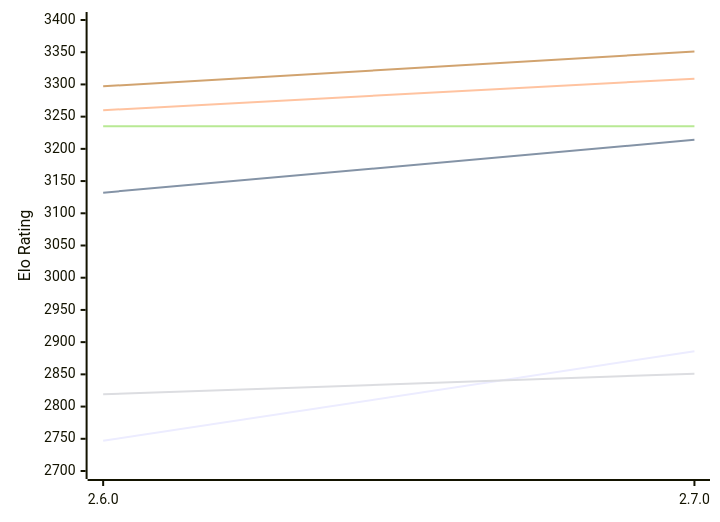
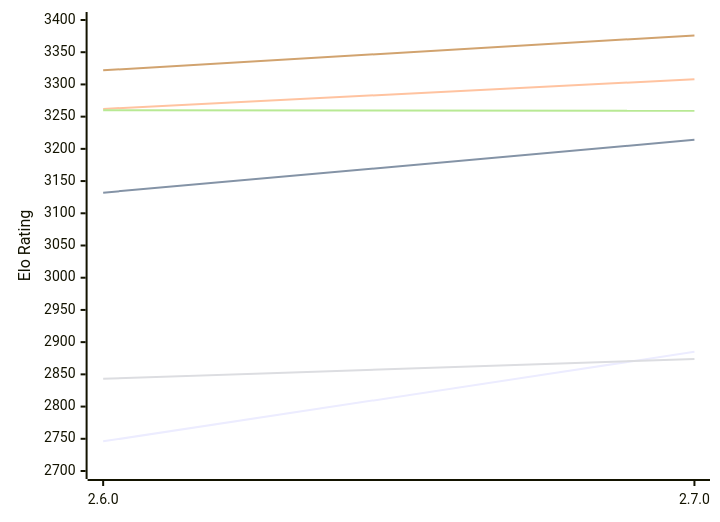
One commit to computer-chess-index/cci changed the first of 2 diagrams in engines/Sturddle2.md. Above: the diagram before and after it, drawn with Mermaid. The commit also changed other lines of this file, not shown here.

Commit message:
Update CCI Ratings (ELO VLTC) - 2026-11-04

````diff
--- a/engines/Sturddle2.md
+++ b/engines/Sturddle2.md
@@ -51,12 +51,12 @@
 ```mermaid
 %%{init: {"theme":"base","themeVariables":{"seriesColors:['#a3a3a3','#222221','#faa371']}}}%%
 xychart-beta
   x-axis ["2.6.0", "2.7.0"]
   y-axis "Elo Rating" 2700 --> 3400
-  line "E1: STC (8.0+0.08s)" [2747, 2886]
+  line "E1: STC (8.0+0.08s)" [2746, 2885]
   line "E1: LTC (60.0+0.60s)" [3132, 3214]
-  line "E1: VLTC (2m24s+1.12s)" [3260, 3309]
-  line "P1: STC (8.0+0.08s)" [2819, 2851]
-  line "P1: LTC (60.0+0.60s)" [3235, 3235]
-  line "P1: VLTC (2m24s+1.12s)" [3297, 3351]
+  line "E1: VLTC (2m24s+1.12s)" [3262, 3308]
+  line "P1: STC (8.0+0.08s)" [2843, 2874]
+  line "P1: LTC (60.0+0.60s)" [3260, 3259]
+  line "P1: VLTC (2m24s+1.12s)" [3322, 3376]
 ```
````
